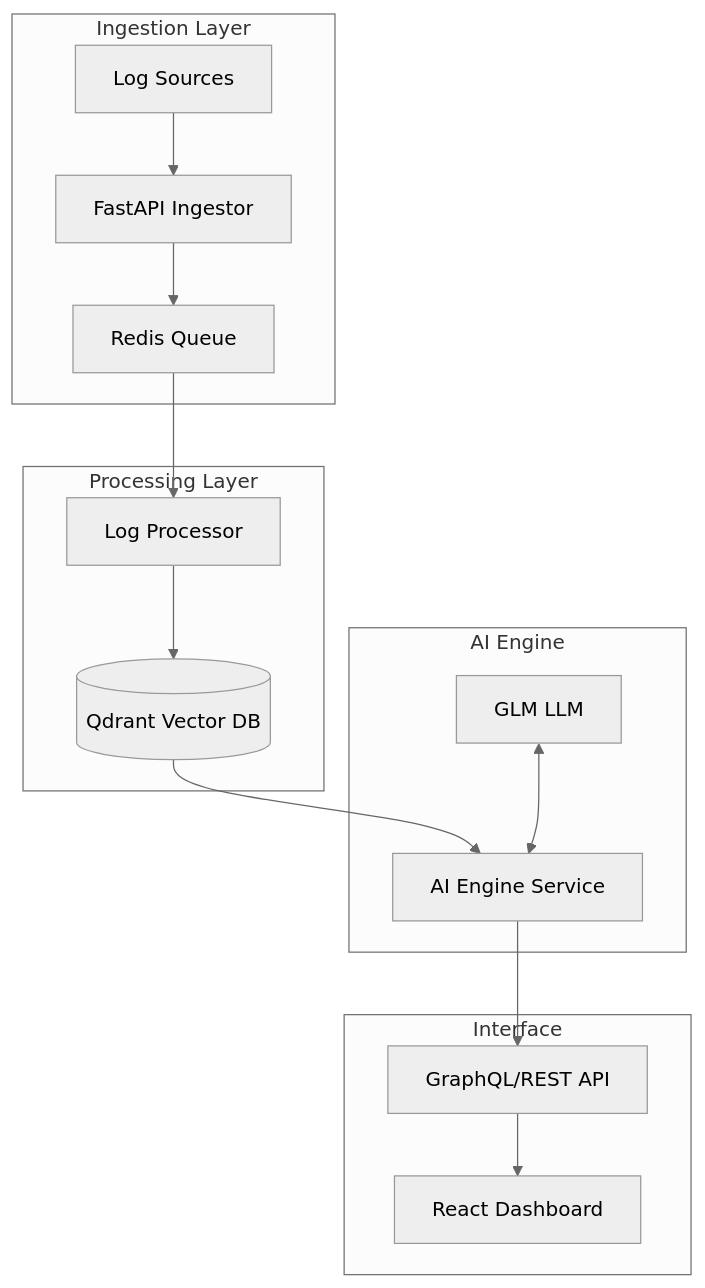
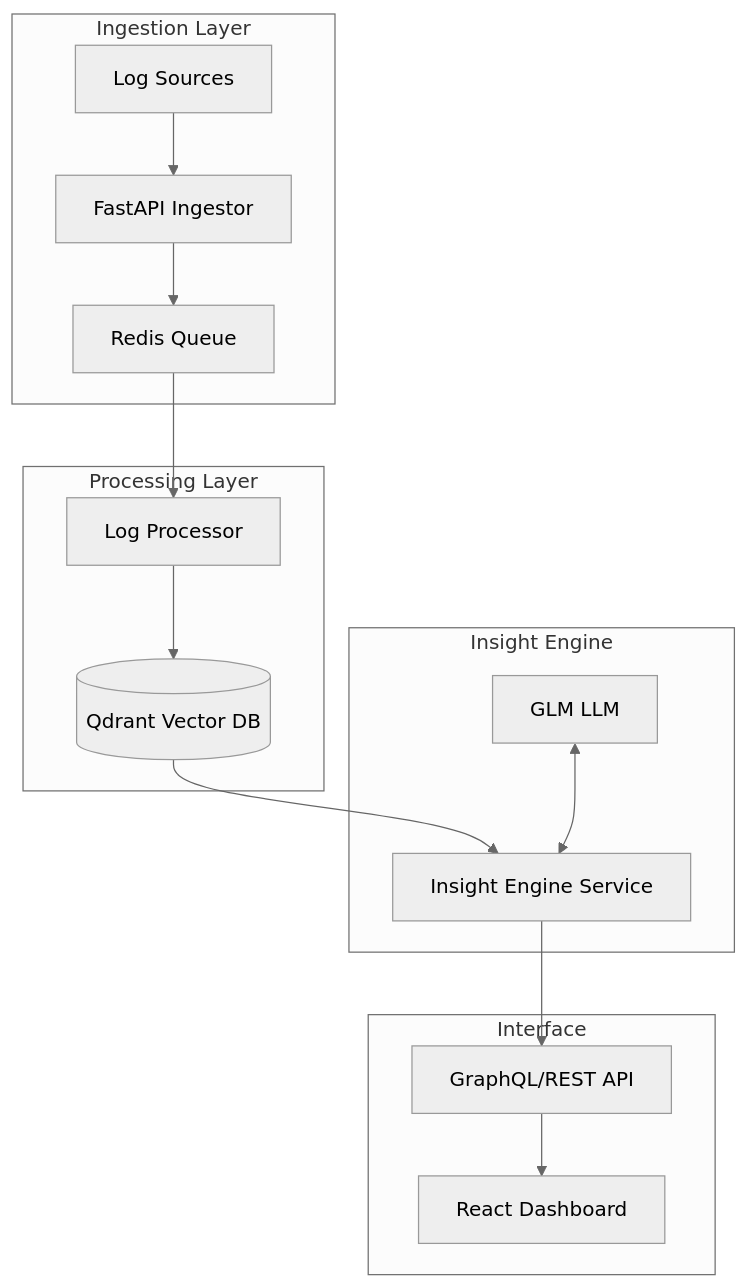
The first of 2 diagrams in README.md (fanqingsong/Logara-AI), drawn with Mermaid (neutral theme) before and after one commit. The commit also changed other lines of this file and 64 other files, not shown here.

````diff
--- a/README.md
+++ b/README.md
@@ -30,22 +30,22 @@
 ```mermaid
 graph TD
     subgraph "Ingestion Layer"
     A[Log Sources] --> B[FastAPI Ingestor]
     B --> C[Redis Queue]
     end
 
     subgraph "Processing Layer"
     C --> D[Log Processor]
     D --> E[(Qdrant Vector DB)]
     end
 
-    subgraph "AI Engine"
-    E --> I[AI Engine Service]
+    subgraph "Insight Engine"
+    E --> I[Insight Engine Service]
     J[GLM LLM] <--> I
     end
 
     subgraph "Interface"
     I --> G[GraphQL/REST API]
     G --> H[React Dashboard]
     end
 ```
````
